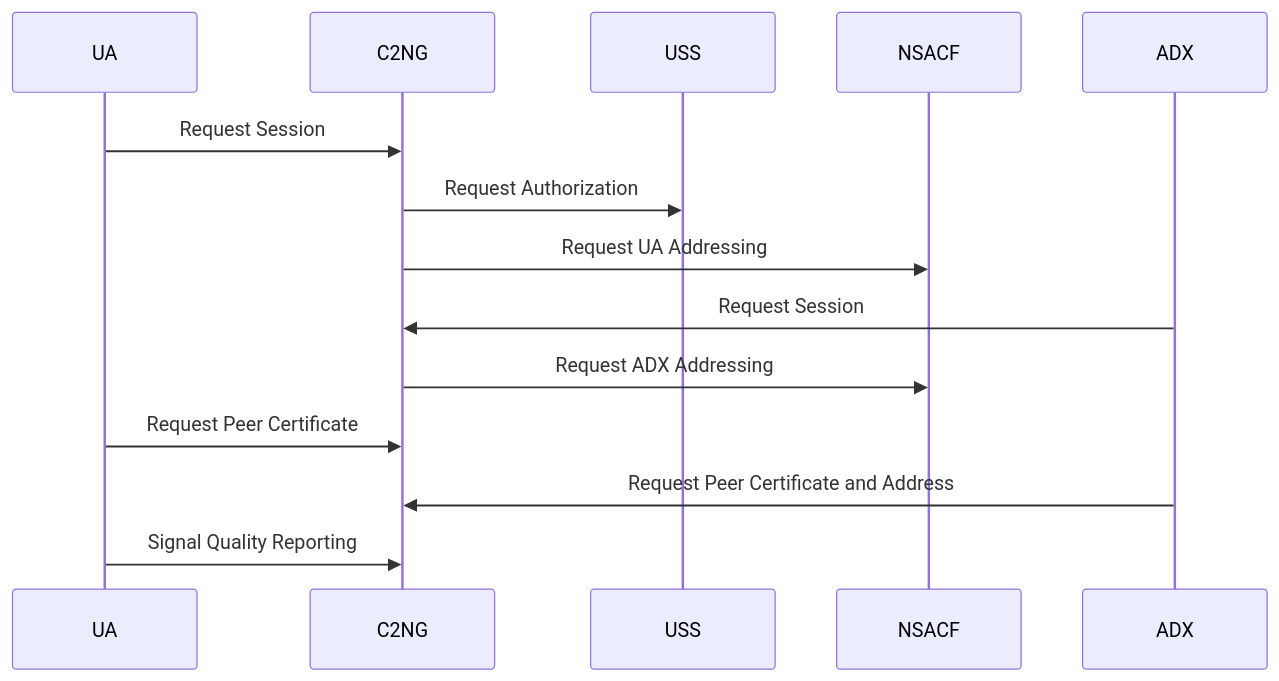
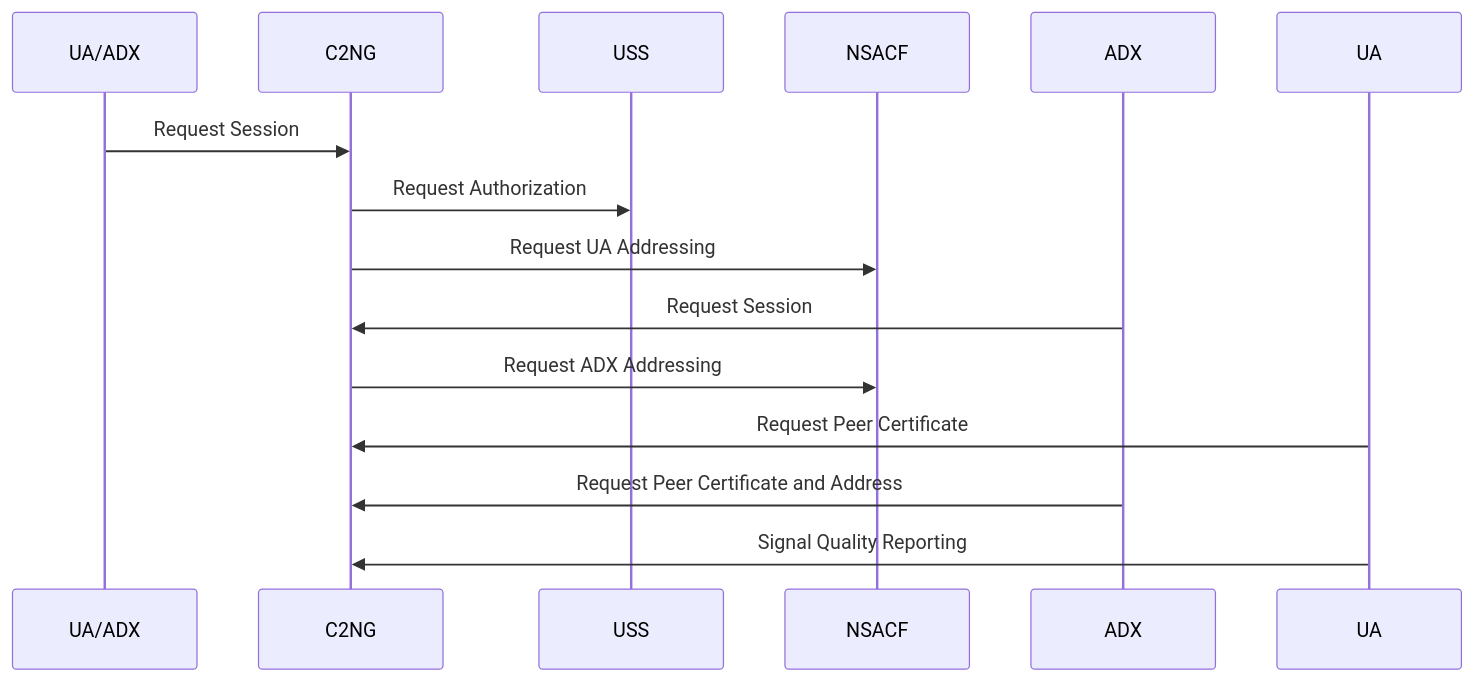
The first of 7 diagrams in docs/GENERAL.md (flyvercity/iot-ngin-c2ng), drawn with Mermaid before and after one commit.

Commit message:
docs: Added Primary Interactions - fixed ADX

````diff
--- a/docs/GENERAL.md
+++ b/docs/GENERAL.md
@@ -31,11 +31,11 @@
 ```mermaid
 sequenceDiagram
-    UA ->> C2NG: Request Session
+    UA/ADX ->> C2NG: Request Session
     C2NG ->> USS: Request Authorization
     C2NG ->> NSACF: Request UA Addressing
     ADX ->> C2NG: Request Session
     C2NG ->> NSACF: Request ADX Addressing
     UA ->> C2NG: Request Peer Certificate
     ADX ->> C2NG: Request Peer Certificate and Address
     UA ->> C2NG: Signal Quality Reporting
 ```
````
